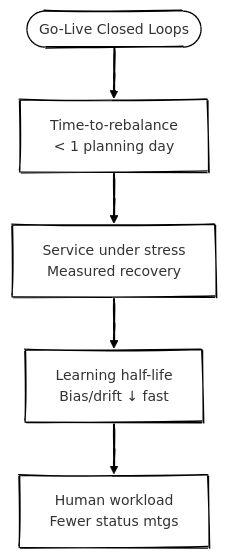
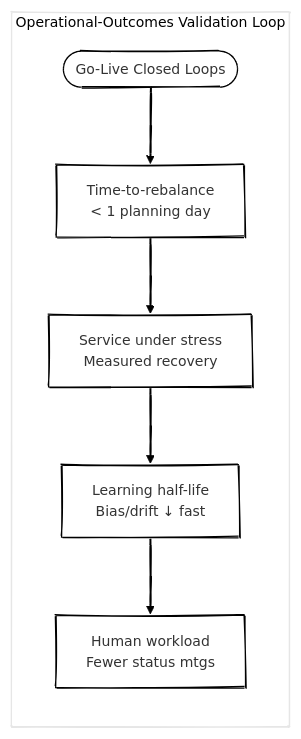
One commit to antomon/antomon.github.io changed the eighth of 8 diagrams in posts/from-planning-to-orchestration-reimagining-enterprise-beyond-S&OP/index.qmd. Above: the diagram before and after it, drawn with Mermaid. The commit also changed other lines of this file and 4 other files, not shown here.

````diff
--- a/posts/from-planning-to-orchestration-reimagining-enterprise-beyond-S&OP/index.qmd
+++ b/posts/from-planning-to-orchestration-reimagining-enterprise-beyond-S&OP/index.qmd
@@ -387,17 +410,21 @@
 ```{mermaid}
-%%| label: monday-changes
+%%| label: fig-monday-changes
 %%| fig-cap: What changes on Monday morning
 %%| fig-alt: Concrete operating shifts when orchestration goes live
 %%| fig-align: "center"
 %%{init: {"theme": "neo", "look": "handDrawn"}}%%
 
-flowchart TB
+flowchart LR
+
+  subgraph OLO[Operational#8209;Outcomes&nbsp;Validation&nbsp;Loop]
     start(["Go-Live Closed Loops"]) --> T1["Time-to-rebalance<br>&lt; 1 planning day"]
     T1 --> T2["Service under stress<br>Measured recovery"]
     T2 --> T3["Learning half-life<br>Bias/drift ↓ fast"]
     T3 --> T4["Human workload\nFewer status mtgs"]
      T1:::good
      T2:::good
      T3:::good
      T4:::good
+  end
+
 ```
````
